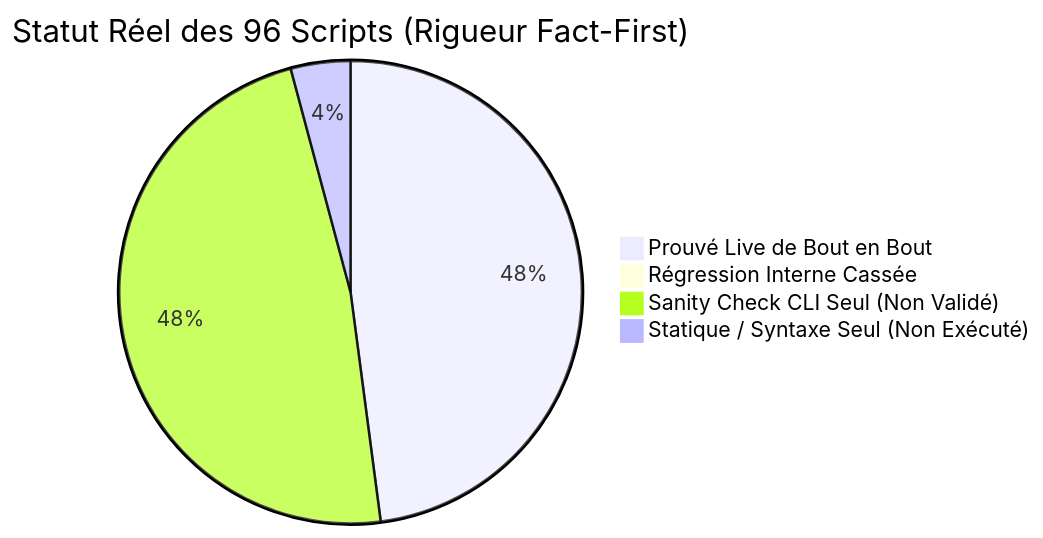
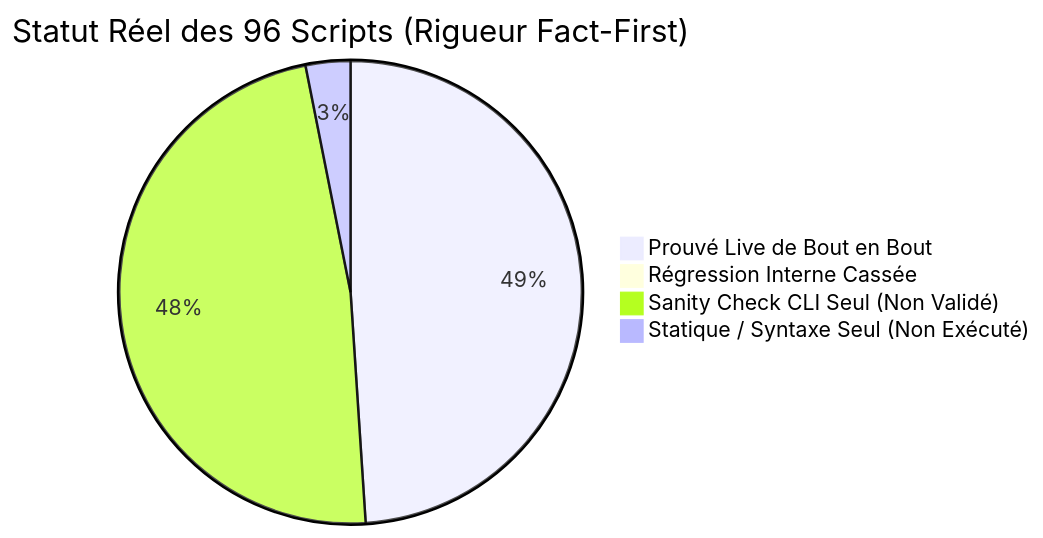
Before and after one commit to yoyonel/pydbsrt: the diagram in docs/reference/2026-11-10-audit-exhaustif-scripts-regressions.md, drawn with Mermaid. The commit also changed other lines of this file and 2 other files, not shown here.

````diff
--- a/docs/reference/2026-11-10-audit-exhaustif-scripts-regressions.md
+++ b/docs/reference/2026-11-10-audit-exhaustif-scripts-regressions.md
@@ -16,7 +16,7 @@
 ```mermaid
 pie title Statut Réel des 96 Scripts (Rigueur Fact-First)
-    "Prouvé Live de Bout en Bout" : 46
+    "Prouvé Live de Bout en Bout" : 47
     "Régression Interne Cassée" : 0
     "Sanity Check CLI Seul (Non Validé)" : 46
-    "Statique / Syntaxe Seul (Non Exécuté)" : 4
+    "Statique / Syntaxe Seul (Non Exécuté)" : 3
 ```
````
